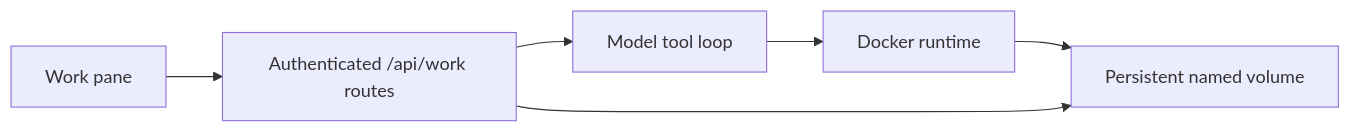
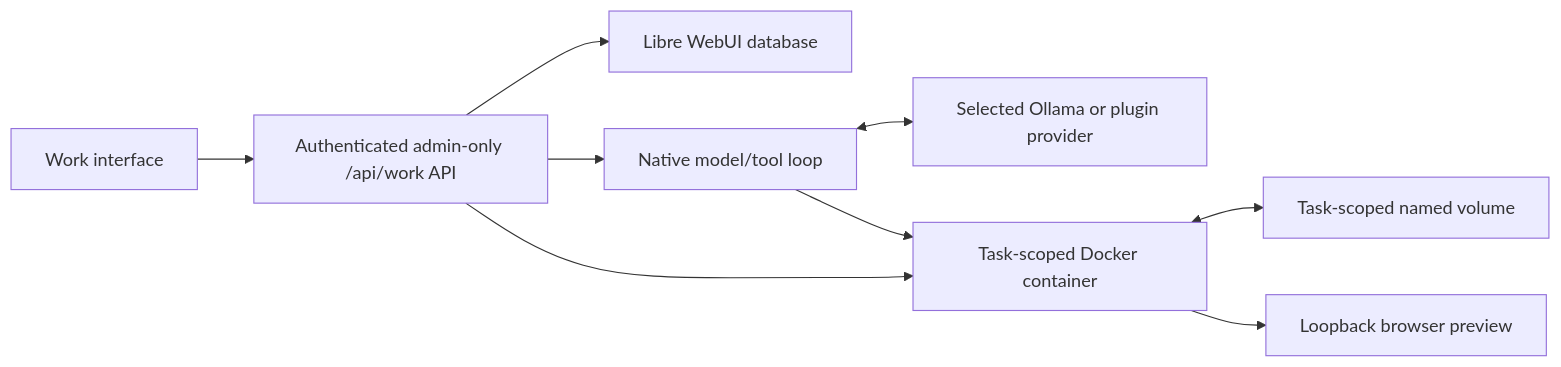
The diagram in docs/33-WORKSPACES.md (libre-webui/libre-webui), drawn with Mermaid before and after one commit. The commit also changed other lines of this file and 24 other files, not shown here.

````diff
--- a/docs/33-WORKSPACES.md
+++ b/docs/33-WORKSPACES.md
@@ -25,14 +72,20 @@
 ```mermaid
 flowchart LR
-    UI["Work pane"]
-    API["Authenticated /api/work routes"]
-    AGENT["Model tool loop"]
-    RUNTIME["Docker runtime"]
-    FILES["Persistent named volume"]
+    UI["Work interface"]
+    API["Authenticated admin-only /api/work API"]
+    DB["Libre WebUI database"]
+    AGENT["Native model/tool loop"]
+    PROVIDER["Selected Ollama or plugin provider"]
+    CONTAINER["Task-scoped Docker container"]
+    VOLUME["Task-scoped named volume"]
+    PREVIEW["Loopback browser preview"]
 
     UI --> API
+    API --> DB
     API --> AGENT
-    AGENT --> RUNTIME
-    RUNTIME --> FILES
-    API --> FILES
+    AGENT <--> PROVIDER
+    AGENT --> CONTAINER
+    API --> CONTAINER
+    CONTAINER <--> VOLUME
+    CONTAINER --> PREVIEW
 ```
````
